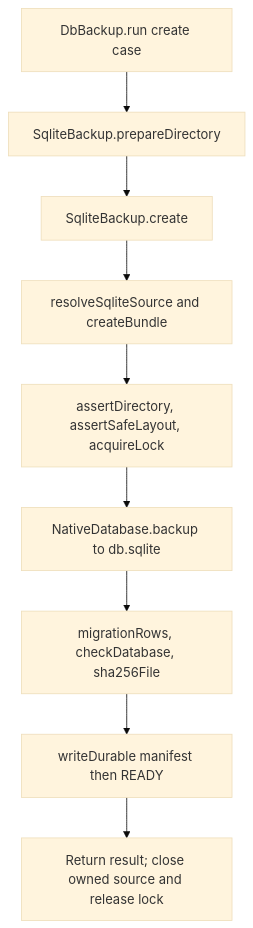
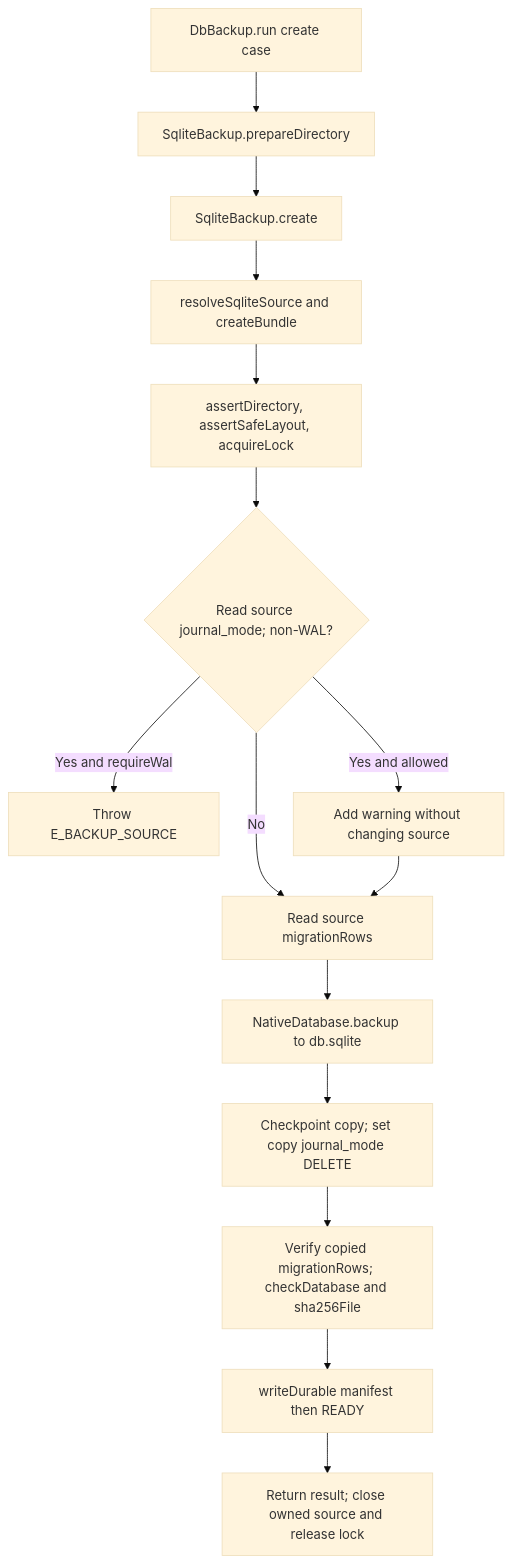
Before and after one commit to Kevinjohn/oss-adonisjs-sqlite-backup: the second of 2 diagrams in user-stories/create-bundle/us-op-01-create-bundle.md, drawn with Mermaid (base theme). The commit also changed other lines of this file and 2 other files, not shown here.

Commit message:
docs: clarify catalogue behavior and recovery boundaries

````diff
--- a/user-stories/create-bundle/us-op-01-create-bundle.md
+++ b/user-stories/create-bundle/us-op-01-create-bundle.md
@@ -36,11 +40,17 @@
 ```mermaid
 flowchart TD
     A["DbBackup.run create case"] --> B["SqliteBackup.prepareDirectory"]
     B --> C["SqliteBackup.create"]
     C --> D["resolveSqliteSource and createBundle"]
     D --> E["assertDirectory, assertSafeLayout, acquireLock"]
-    E --> F["NativeDatabase.backup to db.sqlite"]
-    F --> G["migrationRows, checkDatabase, sha256File"]
+    E --> J{"Read source journal_mode; non-WAL?"}
+    J -->|Yes and requireWal| K["Throw E_BACKUP_SOURCE"]
+    J -->|Yes and allowed| L["Add warning without changing source"]
+    J -->|No| N["Read source migrationRows"]
+    L --> N
+    N --> F["NativeDatabase.backup to db.sqlite"]
+    F --> M["Checkpoint copy; set copy journal_mode DELETE"]
+    M --> G["Verify copied migrationRows; checkDatabase and sha256File"]
     G --> H["writeDurable manifest then READY"]
     H --> I["Return result; close owned source and release lock"]
 ```
````
